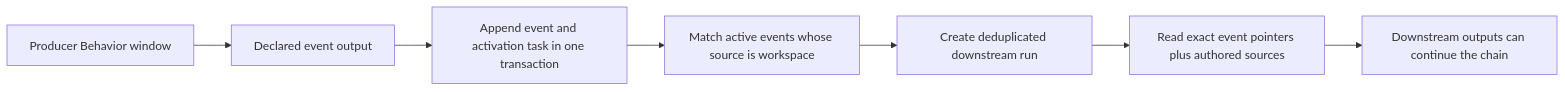
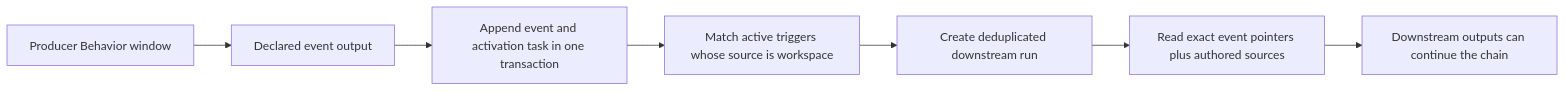
One commit to buremba/peerbot changed the diagram in docs/BEHAVIORS.md. Above: the diagram before and after it, drawn with Mermaid. The commit also changed other lines of this file and 16 other files, not shown here.

````diff
--- a/docs/BEHAVIORS.md
+++ b/docs/BEHAVIORS.md
@@ -68,9 +68,9 @@
 ```mermaid
 flowchart LR
   A["Producer Behavior window"] --> B["Declared event output"]
   B --> C["Append event and activation task in one transaction"]
-  C --> D["Match active events whose source is workspace"]
+  C --> D["Match active triggers whose source is workspace"]
   D --> E["Create deduplicated downstream run"]
   E --> F["Read exact event pointers plus authored sources"]
   F --> G["Downstream outputs can continue the chain"]
 ```
````
